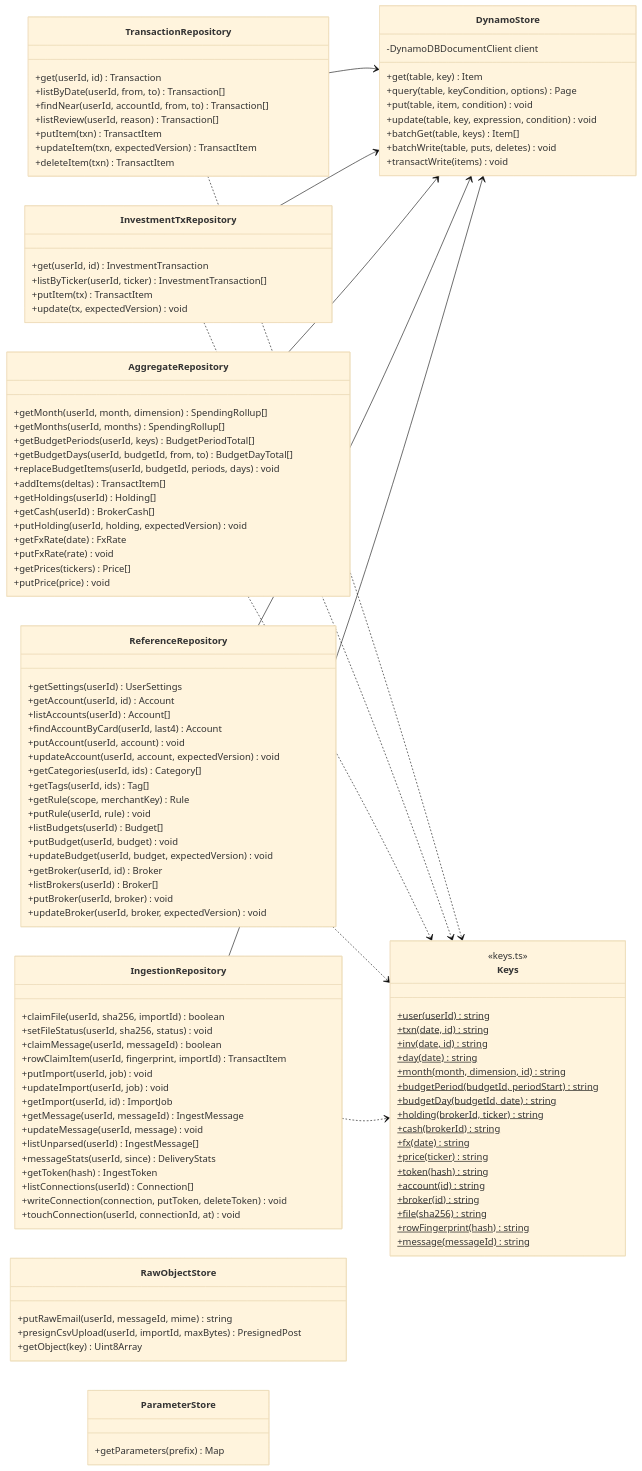
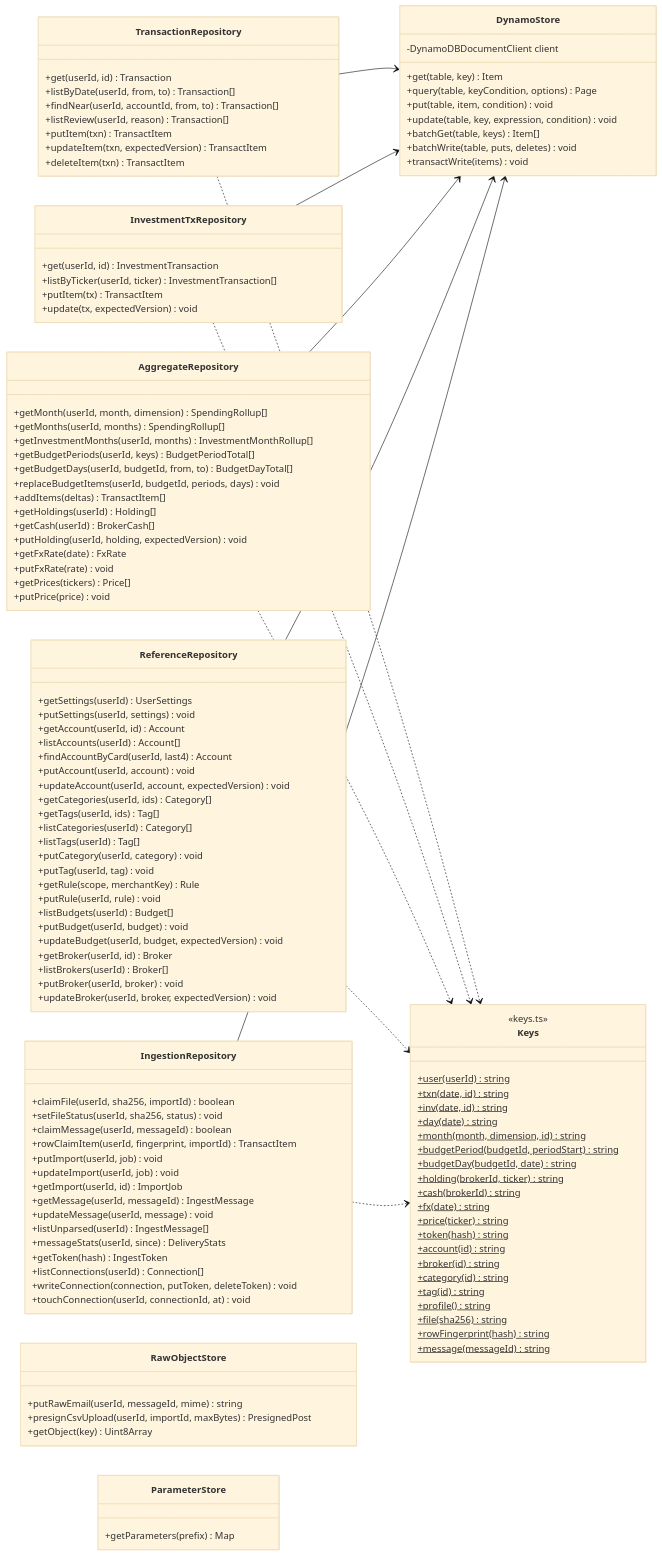
One commit to Ezequiel294/cs3365-finance-app changed diagram 14 of 26 in docs/diagrams/class-diagram.md. Above: the diagram before and after it, drawn with Mermaid (base theme). The commit also changed other lines of this file and 18 other files, not shown here.

Commit message:
attempt 3 design/architecture changes

```diff
--- a/docs/diagrams/class-diagram.md
+++ b/docs/diagrams/class-diagram.md
@@ -884,6 +1770,9 @@
         +token(hash)$ string
         +account(id)$ string
         +broker(id)$ string
+        +category(id)$ string
+        +tag(id)$ string
+        +profile()$ string
         +file(sha256)$ string
         +rowFingerprint(hash)$ string
         +message(messageId)$ string
@@ -906,6 +1795,7 @@
     class AggregateRepository {
         +getMonth(userId, month, dimension) SpendingRollup[]
         +getMonths(userId, months) SpendingRollup[]
+        +getInvestmentMonths(userId, months) InvestmentMonthRollup[]
         +getBudgetPeriods(userId, keys) BudgetPeriodTotal[]
         +getBudgetDays(userId, budgetId, from, to) BudgetDayTotal[]
         +replaceBudgetItems(userId, budgetId, periods, days) void
@@ -920,6 +1810,7 @@
     }
     class ReferenceRepository {
         +getSettings(userId) UserSettings
+        +putSettings(userId, settings) void
         +getAccount(userId, id) Account
         +listAccounts(userId) Account[]
         +findAccountByCard(userId, last4) Account
@@ -927,6 +1818,10 @@
         +updateAccount(userId, account, expectedVersion) void
         +getCategories(userId, ids) Category[]
         +getTags(userId, ids) Tag[]
+        +listCategories(userId) Category[]
+        +listTags(userId) Tag[]
+        +putCategory(userId, category) void
+        +putTag(userId, tag) void
         +getRule(scope, merchantKey) Rule
         +putRule(userId, rule) void
         +listBudgets(userId) Budget[]
```
